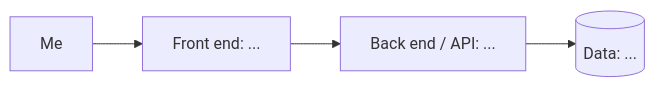
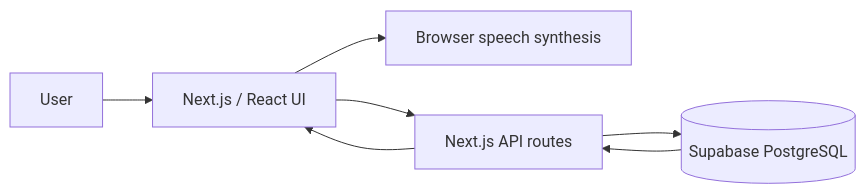
One commit to sudo-lock-in/web-aac changed the diagram in README.md. Above: the diagram before and after it, drawn with Mermaid. The commit also changed other lines of this file, not shown here.

````diff
--- a/README.md
+++ b/README.md
@@ -117,6 +114,9 @@
 ```mermaid
 flowchart LR
-  U["Me"] --> FE["Front end: ..."]
-  FE --> API["Back end / API: ..."]
-  API --> DB[("Data: ...")]
+  U["User"] --> FE["Next.js / React UI"]
+  FE --> VOICE["Browser speech synthesis"]
+  FE --> API["Next.js API routes"]
+  API --> DB[("Supabase PostgreSQL")]
+  DB --> API
+  API --> FE
 ```
````
